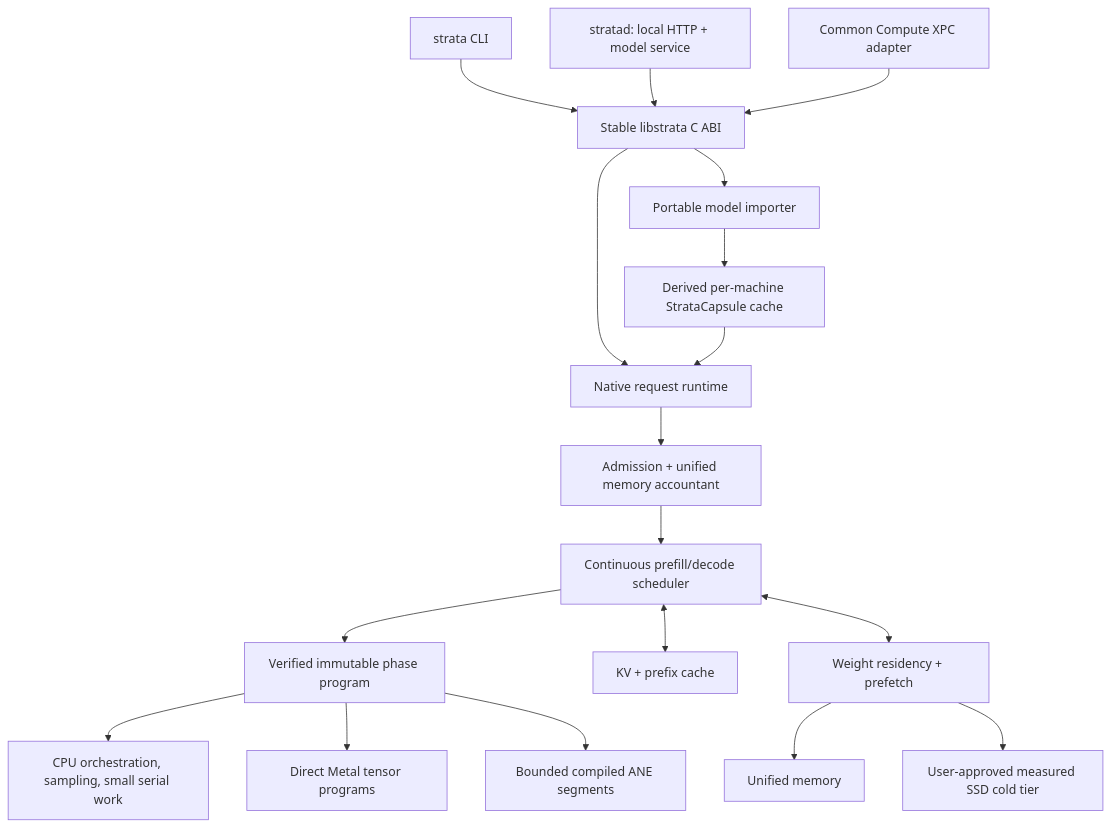
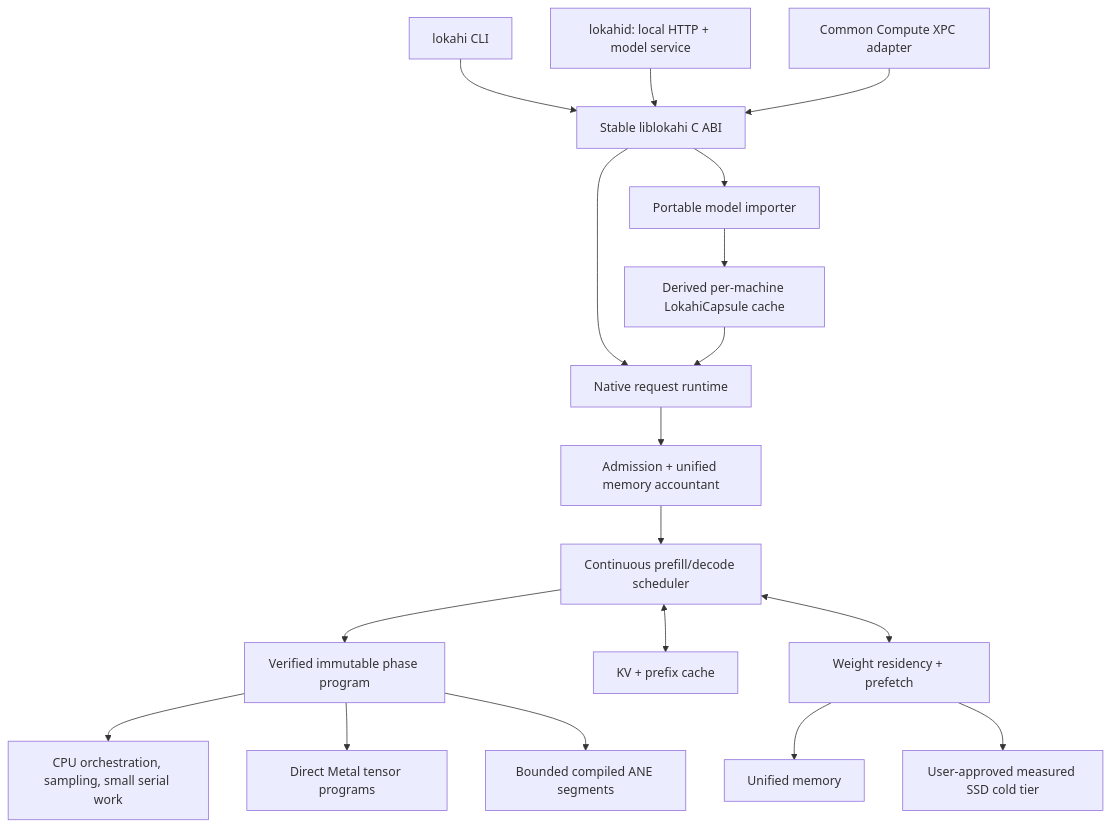
The diagram in docs/STANDALONE_RUNTIME.md (Ikaikaalika/strata), drawn with Mermaid before and after one commit. The commit also changed other lines of this file and 199 other files, not shown here.

First line of the commit message:
Rename Strata to Lokahi and ollm package to lokahi

````diff
--- a/docs/STANDALONE_RUNTIME.md
+++ b/docs/STANDALONE_RUNTIME.md
@@ -14,22 +14,22 @@
 ```mermaid
 flowchart TB
-    CLI["strata CLI"] --> API["Stable libstrata C ABI"]
-    DAEMON["stratad: local HTTP + model service"] --> API
+    CLI["lokahi CLI"] --> API["Stable liblokahi C ABI"]
+    DAEMON["lokahid: local HTTP + model service"] --> API
     CC["Common Compute XPC adapter"] --> API
 
     API --> IMPORT["Portable model importer"]
     API --> RUNTIME["Native request runtime"]
-    IMPORT --> CAPSULE["Derived per-machine StrataCapsule cache"]
+    IMPORT --> CAPSULE["Derived per-machine LokahiCapsule cache"]
     CAPSULE --> RUNTIME
 
     RUNTIME --> ADMIT["Admission + unified memory accountant"]
     ADMIT --> SCHED["Continuous prefill/decode scheduler"]
     SCHED --> PROGRAM["Verified immutable phase program"]
     PROGRAM --> CPU["CPU orchestration, sampling, small serial work"]
     PROGRAM --> GPU["Direct Metal tensor programs"]
     PROGRAM --> ANE["Bounded compiled ANE segments"]
     SCHED <--> KV["KV + prefix cache"]
     SCHED <--> RES["Weight residency + prefetch"]
     RES --> UM["Unified memory"]
     RES --> SSD["User-approved measured SSD cold tier"]
 ```
````
